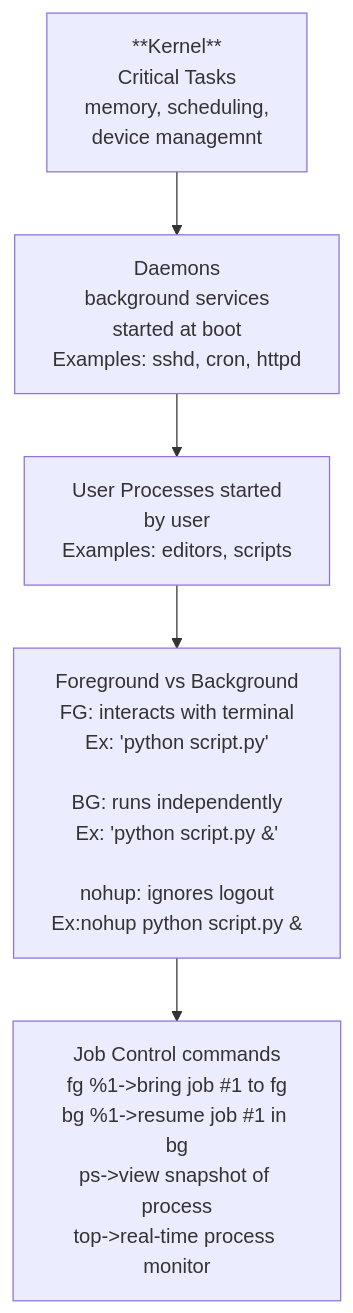
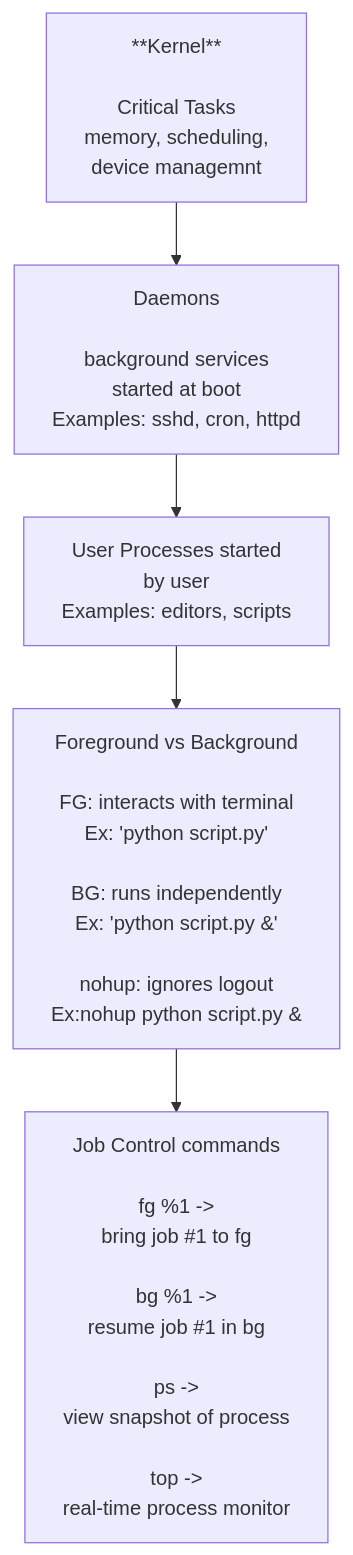
Before and after one commit to DHunnicuttSG/SRE: the diagram in Linux/5.1-Processes.md, drawn with Mermaid. The commit also changed other lines of this file, not shown here.

````diff
--- a/Linux/5.1-Processes.md
+++ b/Linux/5.1-Processes.md
@@ -187,9 +187,9 @@
 ```mermaid
 flowchart TD
-  A[**Kernel**<br/>Critical Tasks<br/>memory, scheduling,<br/>device managemnt] 
-  --> B[Daemons<br/>background services<br/> started at boot<br/>Examples: sshd, cron, httpd]
+  A[**Kernel**<br/><br/>Critical Tasks<br/>memory, scheduling,<br/>device managemnt] 
+  --> B[Daemons<br/><br/>background services<br/> started at boot<br/>Examples: sshd, cron, httpd]
   B --> C[User Processes started <br/>by user<br/> Examples: editors, scripts]
-  C --> D[Foreground vs Background<br/>FG: interacts with terminal<br/>Ex: 'python script.py'<br/><br/>BG: runs independently<br/>Ex: 'python script.py &'<br/><br/>nohup: ignores logout<br/>Ex:nohup python script.py &]
-  D --> E[Job Control commands<br/>fg %1->bring job #1 to fg<br/>bg %1->resume job #1 in bg<br/>ps->view snapshot of process<br/>top->real-time process monitor]
+  C --> D[Foreground vs Background<br/><br/>FG: interacts with terminal<br/>Ex: 'python script.py'<br/><br/>BG: runs independently<br/>Ex: 'python script.py &'<br/><br/>nohup: ignores logout<br/>Ex:nohup python script.py &]
+  D --> E[Job Control commands<br/><br/>fg %1 -> <br/>bring job #1 to fg<br/><br/>bg %1 -> <br/>resume job #1 in bg<br/><br/>ps -><br/>view snapshot of process<br/><br/>top -><br/>real-time process monitor]
 
 ```
````
